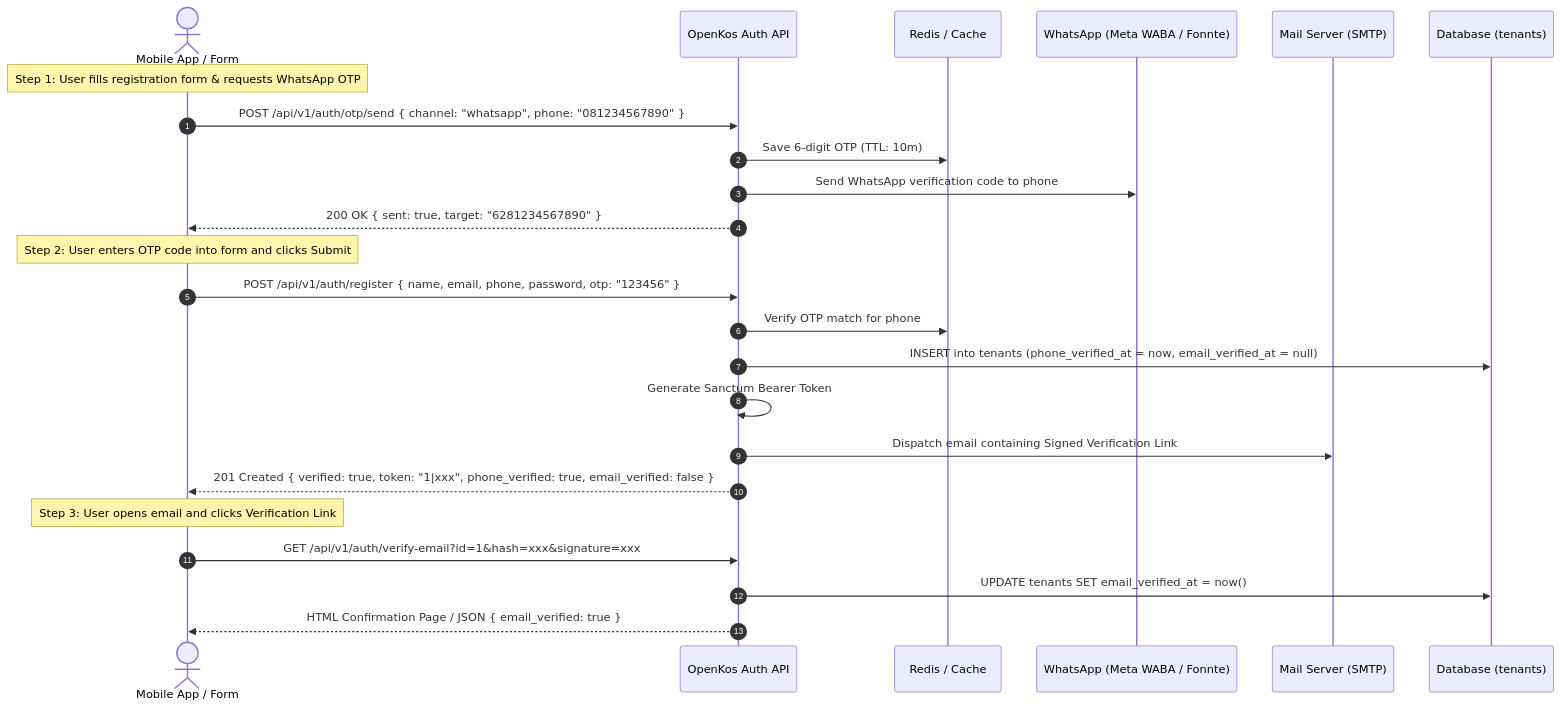
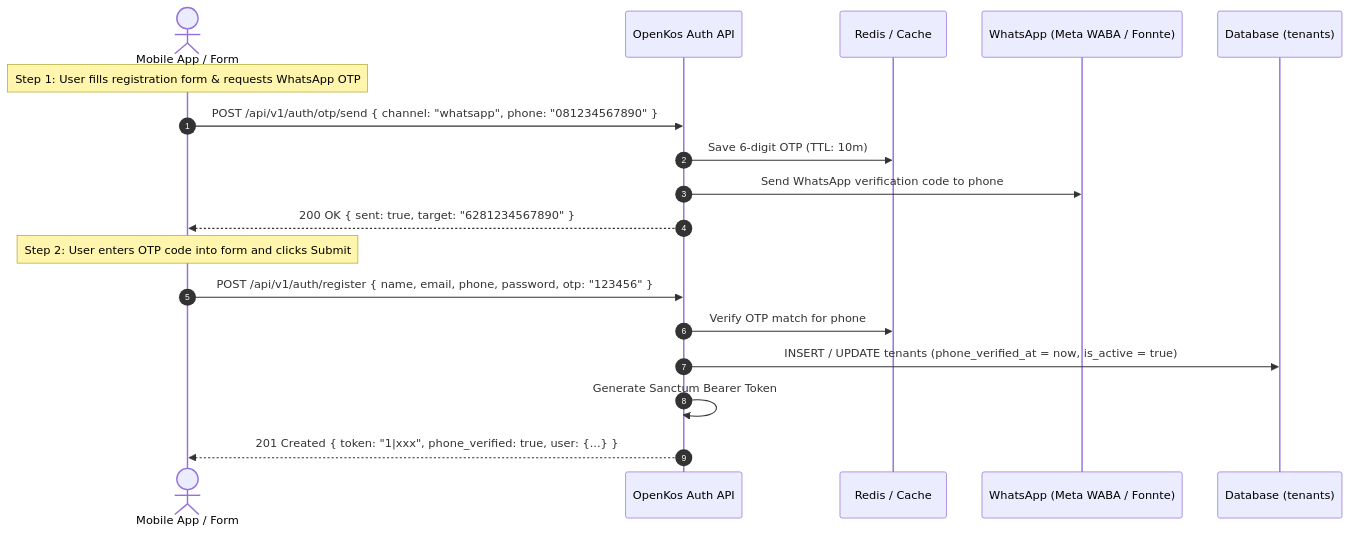
One commit to levarentz132/OpenKos changed the diagram in docs/README-OTP-API.md. Above: the diagram before and after it, drawn with Mermaid. The commit also changed other lines of this file and 8 other files, not shown here.

Commit message:
feat: implement OTP verification service, authentication API, and tenant management features

````diff
--- a/docs/README-OTP-API.md
+++ b/docs/README-OTP-API.md
@@ -46,29 +44,22 @@
 ```mermaid
 sequenceDiagram
     autonumber
     actor Tenant as Mobile App / Form
     participant API as OpenKos Auth API
     participant Cache as Redis / Cache
     participant WA as WhatsApp (Meta WABA / Fonnte)
-    participant Mail as Mail Server (SMTP)
     participant DB as Database (tenants)
 
     Note over Tenant: Step 1: User fills registration form & requests WhatsApp OTP
     Tenant->>API: POST /api/v1/auth/otp/send { channel: "whatsapp", phone: "081234567890" }
     API->>Cache: Save 6-digit OTP (TTL: 10m)
     API->>WA: Send WhatsApp verification code to phone
     API-->>Tenant: 200 OK { sent: true, target: "6281234567890" }
 
     Note over Tenant: Step 2: User enters OTP code into form and clicks Submit
     Tenant->>API: POST /api/v1/auth/register { name, email, phone, password, otp: "123456" }
     API->>Cache: Verify OTP match for phone
-    API->>DB: INSERT into tenants (phone_verified_at = now, email_verified_at = null)
+    API->>DB: INSERT / UPDATE tenants (phone_verified_at = now, is_active = true)
     API->>API: Generate Sanctum Bearer Token
-    API->>Mail: Dispatch email containing Signed Verification Link
-    API-->>Tenant: 201 Created { verified: true, token: "1|xxx", phone_verified: true, email_verified: false }
-
-    Note over Tenant: Step 3: User opens email and clicks Verification Link
-    Tenant->>API: GET /api/v1/auth/verify-email?id=1&hash=xxx&signature=xxx
-    API->>DB: UPDATE tenants SET email_verified_at = now()
-    API-->>Tenant: HTML Confirmation Page / JSON { email_verified: true }
+    API-->>Tenant: 201 Created { token: "1|xxx", phone_verified: true, user: {...} }
 ```
````
